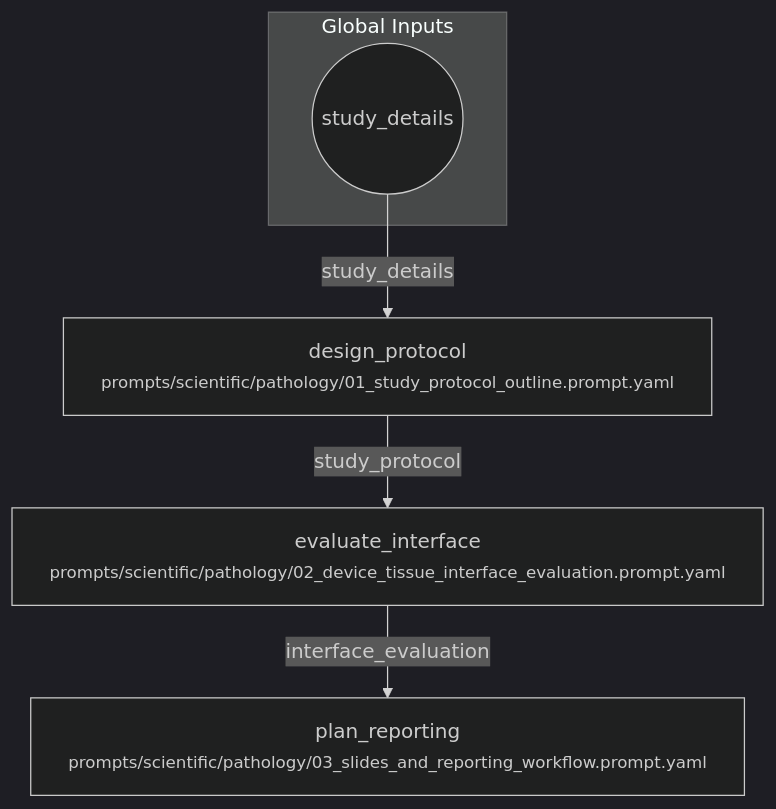
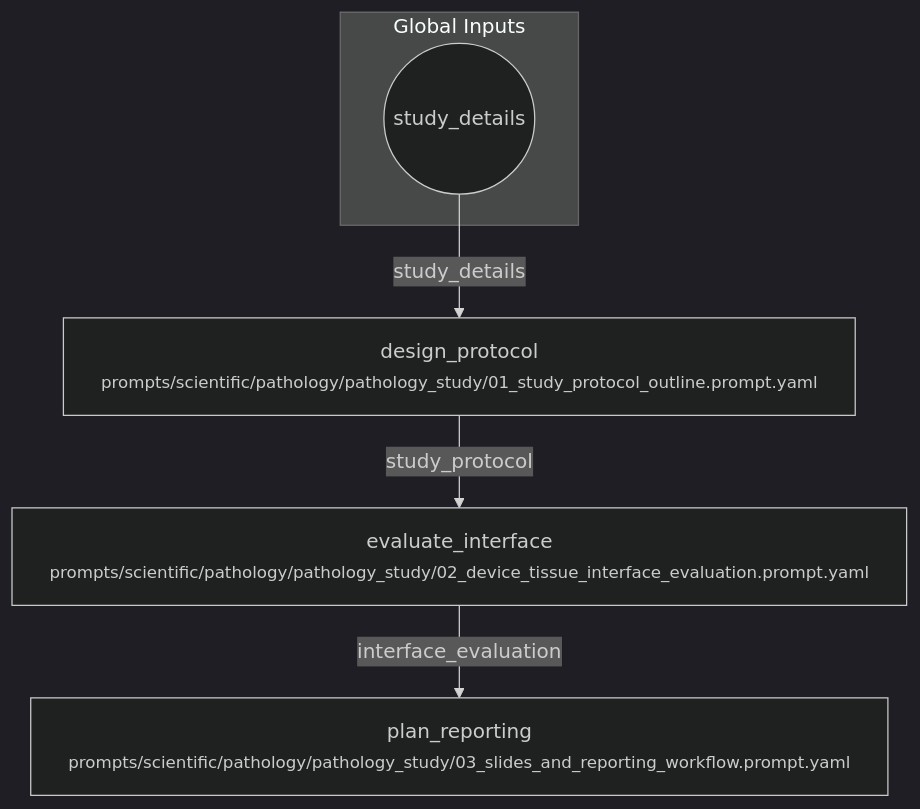
Before and after one commit to fderuiter/proompts: the diagram in workflows/scientific/pathology_study.workflow.md, drawn with Mermaid (dark theme). The commit also changed 31 other files, not shown here.

````diff
--- a/workflows/scientific/pathology_study.workflow.md
+++ b/workflows/scientific/pathology_study.workflow.md
@@ -7,12 +7,12 @@
 ```mermaid
 flowchart TD
     subgraph Inputs [Global Inputs]
         inp_study_details((study_details))
     end
-    design_protocol["design_protocol<br/><small>prompts/scientific/pathology/01_study_protocol_outline.prompt.yaml</small>"]
-    evaluate_interface["evaluate_interface<br/><small>prompts/scientific/pathology/02_device_tissue_interface_evaluation.prompt.yaml</small>"]
-    plan_reporting["plan_reporting<br/><small>prompts/scientific/pathology/03_slides_and_reporting_workflow.prompt.yaml</small>"]
+    design_protocol["design_protocol<br/><small>prompts/scientific/pathology/pathology_study/01_study_protocol_outline.prompt.yaml</small>"]
+    evaluate_interface["evaluate_interface<br/><small>prompts/scientific/pathology/pathology_study/02_device_tissue_interface_evaluation.prompt.yaml</small>"]
+    plan_reporting["plan_reporting<br/><small>prompts/scientific/pathology/pathology_study/03_slides_and_reporting_workflow.prompt.yaml</small>"]
     inp_study_details -->|study_details| design_protocol
     design_protocol -->|study_protocol| evaluate_interface
     evaluate_interface -->|interface_evaluation| plan_reporting
 ```
````
